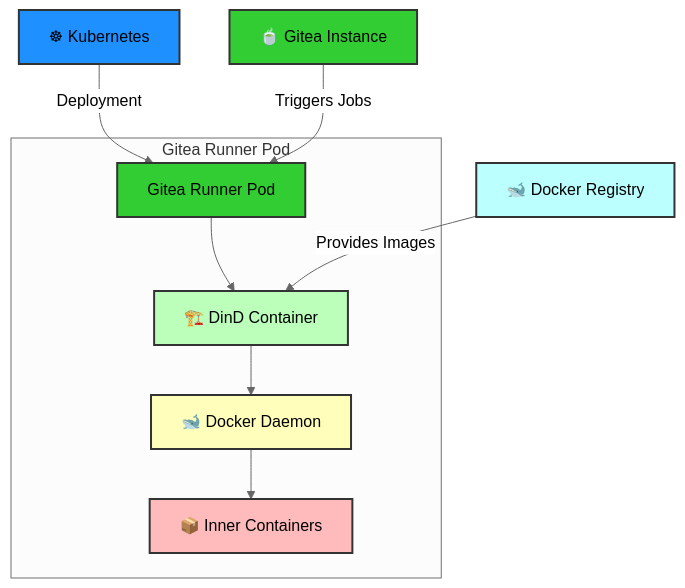
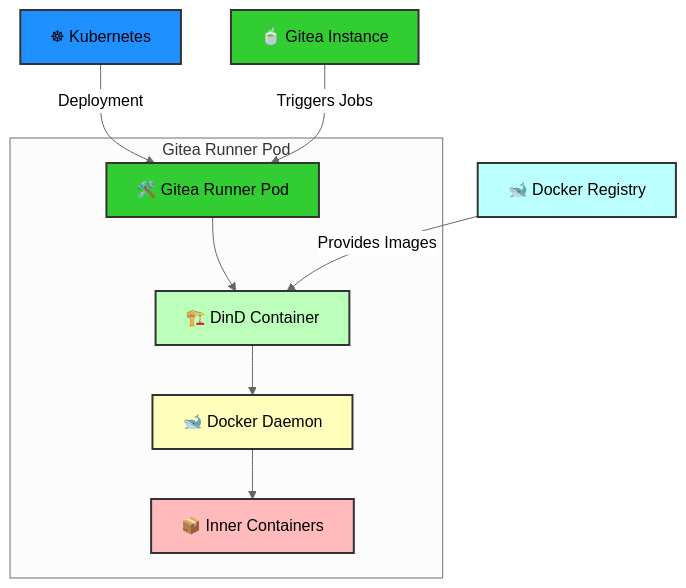
One commit to H0llyW00dzZ/My-RESTAPIs-Boilerplate changed the diagram in k8s-deployment/Gitea-Runner.md. Above: the diagram before and after it, drawn with Mermaid (neutral theme).

Commit message:
Update diagram label
- [+] docs(Gitea-Runner.md): update diagram label for Gitea Runner Pod to include a tool emoji

````diff
--- a/k8s-deployment/Gitea-Runner.md
+++ b/k8s-deployment/Gitea-Runner.md
@@ -16,21 +16,21 @@
 ```mermaid
 graph TD;
-    A[☸ Kubernetes] -->|Deployment| B[Gitea Runner Pod]
+    A[☸ Kubernetes] -->|Deployment| B[🛠️ Gitea Runner Pod]
     
     subgraph Gitea Runner Pod
         B --> C[🏗️ DinD Container]
         C --> D[🐋 Docker Daemon]
         D --> E[📦 Inner Containers]
     end
     
     F[🍵 Gitea Instance] -->|Triggers Jobs| B
     G[🐋 Docker Registry] -->|Provides Images| C
     
     style A fill:#1e90ff,stroke:#333,stroke-width:2px;
     style B fill:#32cd32,stroke:#333,stroke-width:2px;
     style C fill:#bfb,stroke:#333,stroke-width:2px;
     style D fill:#ffb,stroke:#333,stroke-width:2px;
     style E fill:#fbb,stroke:#333,stroke-width:2px;
     style F fill:#32cd32,stroke:#333,stroke-width:2px;
     style G fill:#bff,stroke:#333,stroke-width:2px;
 ```
````
